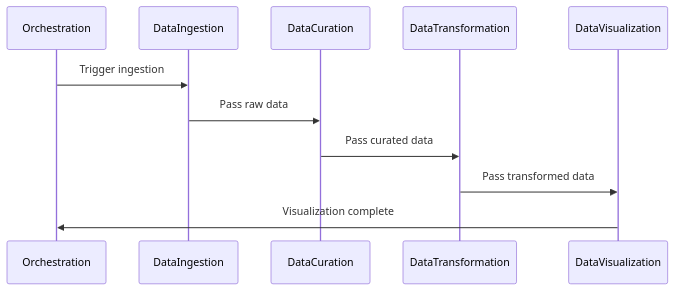
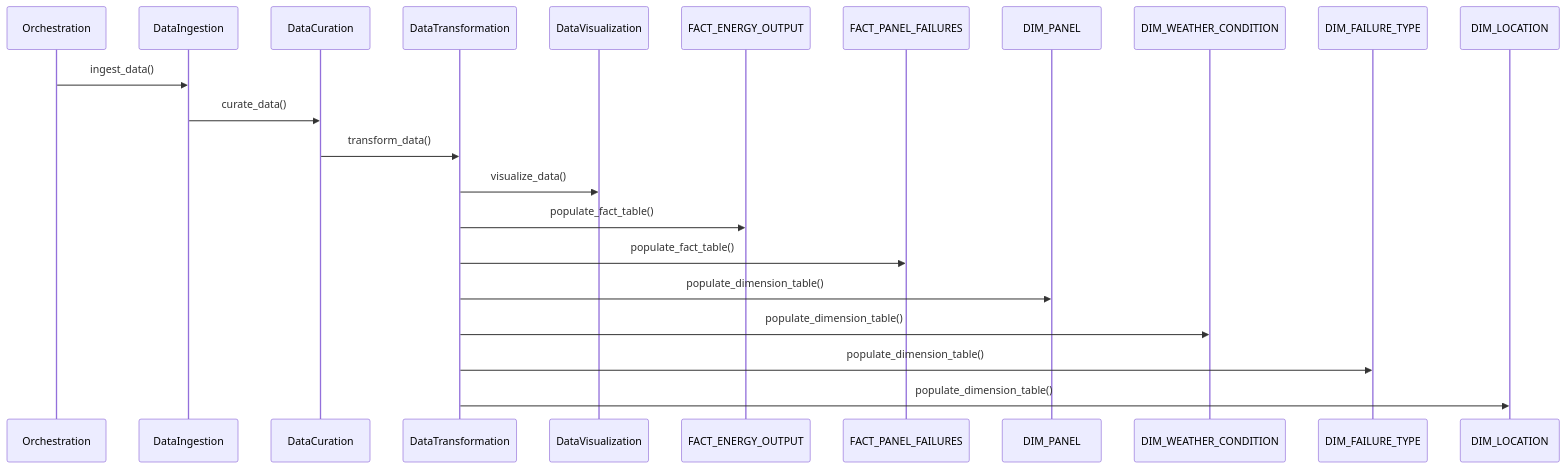
The second of 2 diagrams in docs/sdd.md (selin-k/bi_report_project), drawn with Mermaid before and after one commit. The commit also changed other lines of this file and 17 other files, not shown here.

````diff
--- a/docs/sdd.md
+++ b/docs/sdd.md
@@ -57,14 +97,18 @@
 ```mermaid
 sequenceDiagram
     participant Orchestration as Orchestration
     participant DataIngestion as DataIngestion
     participant DataCuration as DataCuration
     participant DataTransformation as DataTransformation
     participant DataVisualization as DataVisualization
-
-    Orchestration->>DataIngestion: Trigger ingestion
-    DataIngestion->>DataCuration: Pass raw data
-    DataCuration->>DataTransformation: Pass curated data
-    DataTransformation->>DataVisualization: Pass transformed data
-    DataVisualization->>Orchestration: Visualization complete
+    Orchestration->>DataIngestion: ingest_data()
+    DataIngestion->>DataCuration: curate_data()
+    DataCuration->>DataTransformation: transform_data()
+    DataTransformation->>DataVisualization: visualize_data()
+    DataTransformation->>FACT_ENERGY_OUTPUT: populate_fact_table()
+    DataTransformation->>FACT_PANEL_FAILURES: populate_fact_table()
+    DataTransformation->>DIM_PANEL: populate_dimension_table()
+    DataTransformation->>DIM_WEATHER_CONDITION: populate_dimension_table()
+    DataTransformation->>DIM_FAILURE_TYPE: populate_dimension_table()
+    DataTransformation->>DIM_LOCATION: populate_dimension_table()
 ```
````
